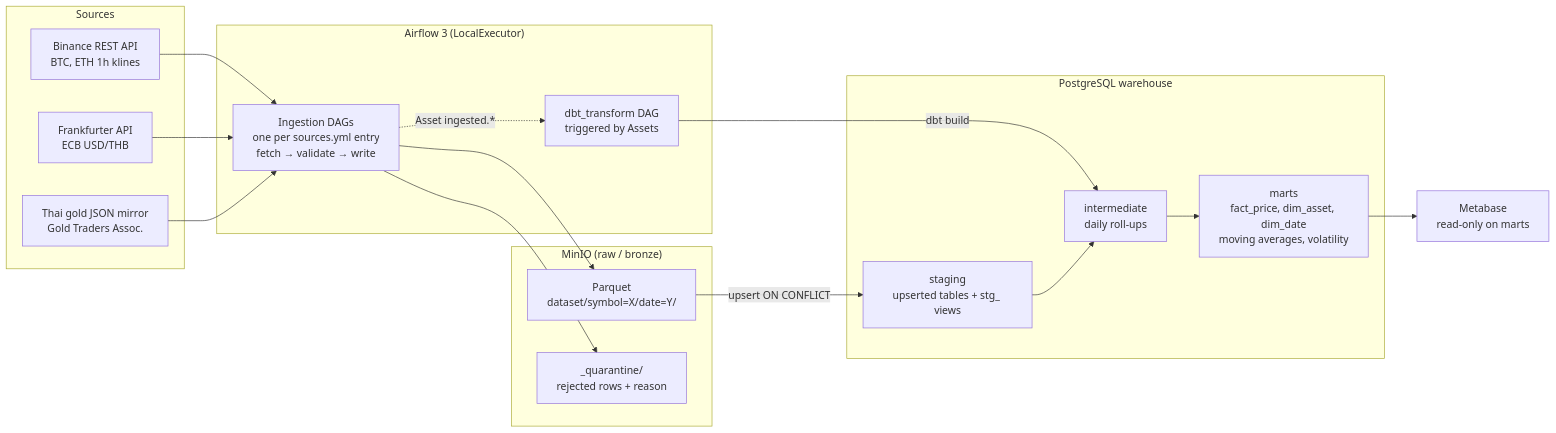
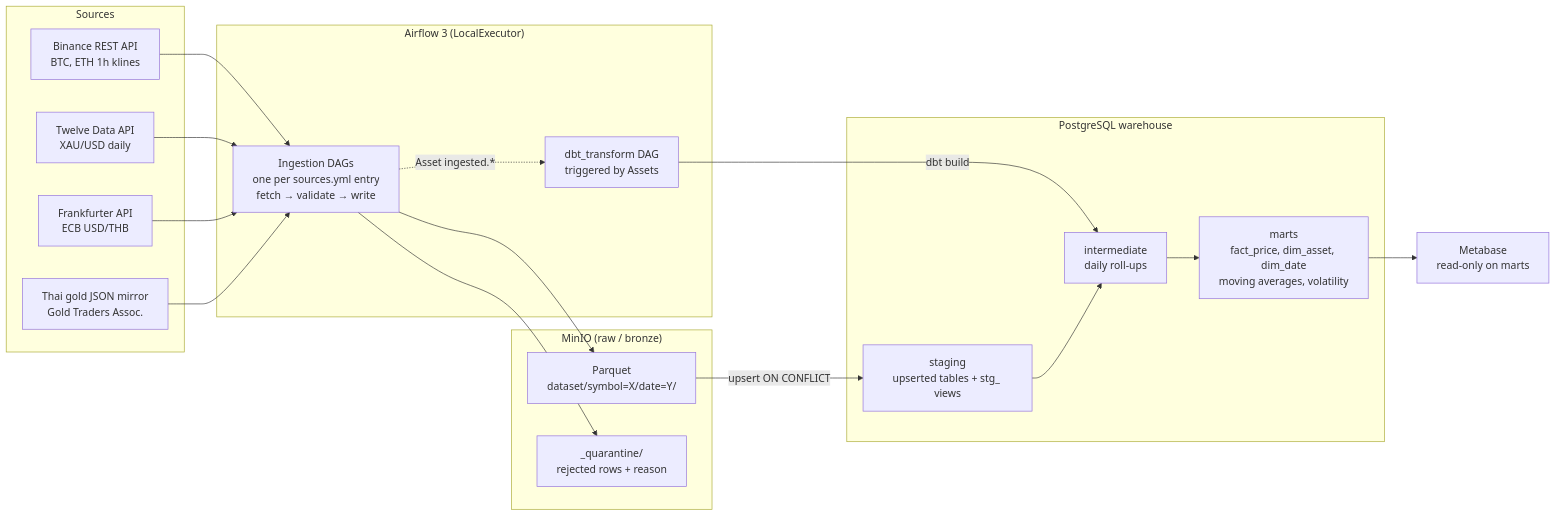
One commit to stampnapat/market-data-pipeline changed the first of 2 diagrams in README.md. Above: the diagram before and after it, drawn with Mermaid. The commit also changed other lines of this file, not shown here.

````diff
--- a/README.md
+++ b/README.md
@@ -16,34 +16,35 @@
 ```mermaid
 flowchart LR
     subgraph Sources
         B[Binance REST API<br/>BTC, ETH 1h klines]
+        G[Twelve Data API<br/>XAU/USD daily]
         F[Frankfurter API<br/>ECB USD/THB]
         T[Thai gold JSON mirror<br/>Gold Traders Assoc.]
     end
 
     subgraph Airflow["Airflow 3 (LocalExecutor)"]
         I["Ingestion DAGs<br/>one per sources.yml entry<br/>fetch → validate → write"]
         D["dbt_transform DAG<br/>triggered by Assets"]
     end
 
     subgraph Lake["MinIO (raw / bronze)"]
         R["Parquet<br/>dataset/symbol=X/date=Y/"]
         Q["_quarantine/<br/>rejected rows + reason"]
     end
 
     subgraph Warehouse["PostgreSQL warehouse"]
         S["staging<br/>upserted tables + stg_ views"]
         N["intermediate<br/>daily roll-ups"]
         M["marts<br/>fact_price, dim_asset, dim_date<br/>moving averages, volatility"]
     end
 
     MB[Metabase<br/>read-only on marts]
 
-    B & F & T --> I
+    B & G & F & T --> I
     I --> R & Q
     R -->|upsert ON CONFLICT| S
     I -. "Asset ingested.*" .-> D
     D -->|dbt build| N --> M
     S --> N
     M --> MB
 ```
````
